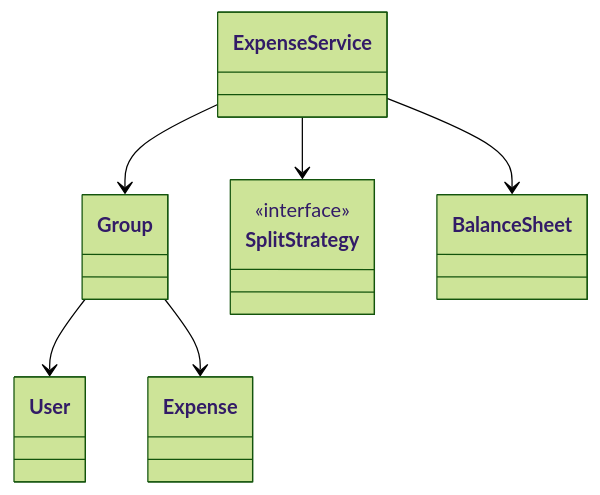
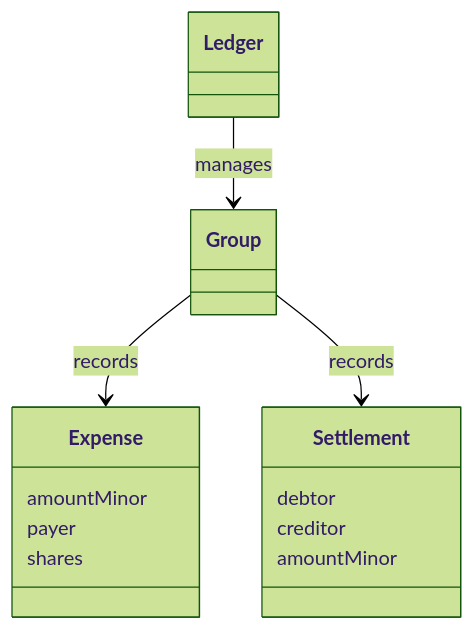
Before and after one commit to Anilinfo2015/anilinfo2015.github.io: the diagram in low-level-design/splitwise-expense-sharing.md, drawn with Mermaid (forest theme). The commit also changed other lines of this file and 58 other files, not shown here.

````diff
--- a/low-level-design/splitwise-expense-sharing.md
+++ b/low-level-design/splitwise-expense-sharing.md
@@ -63,16 +24,18 @@
 ```mermaid
 classDiagram
-    class ExpenseService
+    class Ledger
     class Group
-    class Expense
-    class SplitStrategy {
-        <<interface>>
+    class Expense {
+        amountMinor
+        payer
+        shares
     }
-    class BalanceSheet
-    class User
-    ExpenseService --> Group
-    ExpenseService --> SplitStrategy
-    ExpenseService --> BalanceSheet
-    Group --> User
-    Group --> Expense
+    class Settlement {
+        debtor
+        creditor
+        amountMinor
+    }
+    Ledger --> Group : manages
+    Group --> Expense : records
+    Group --> Settlement : records
 ```
````
